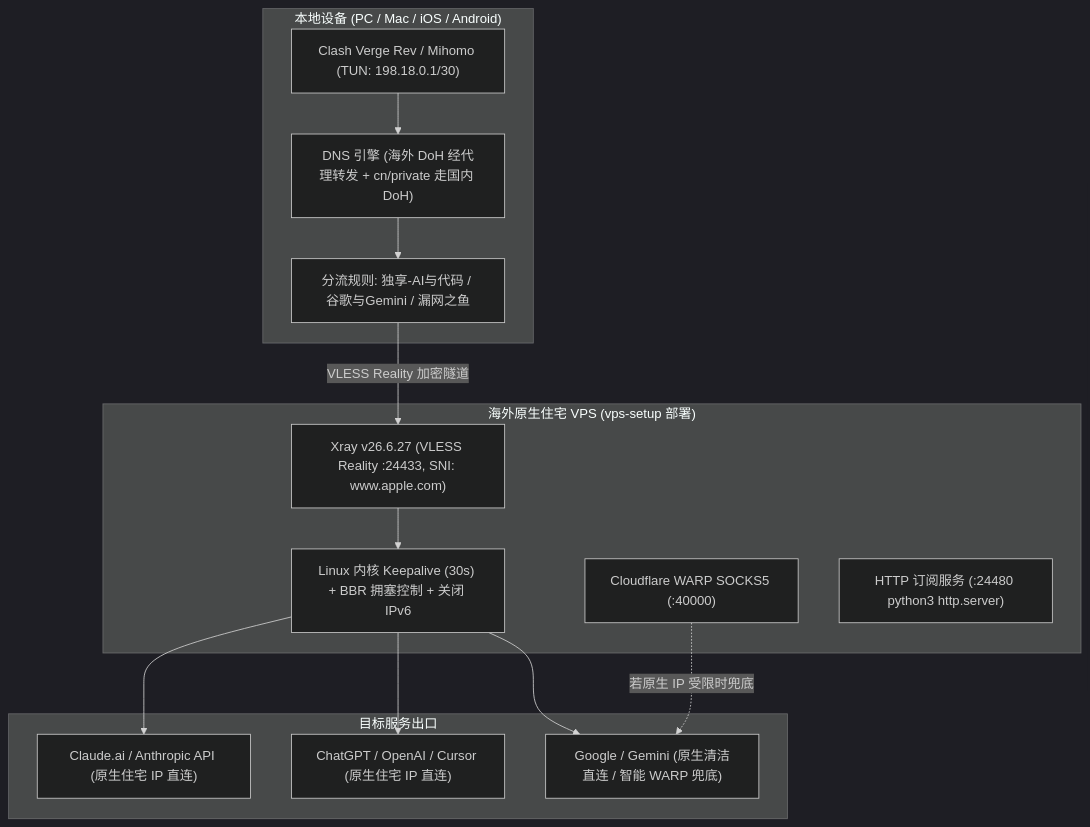
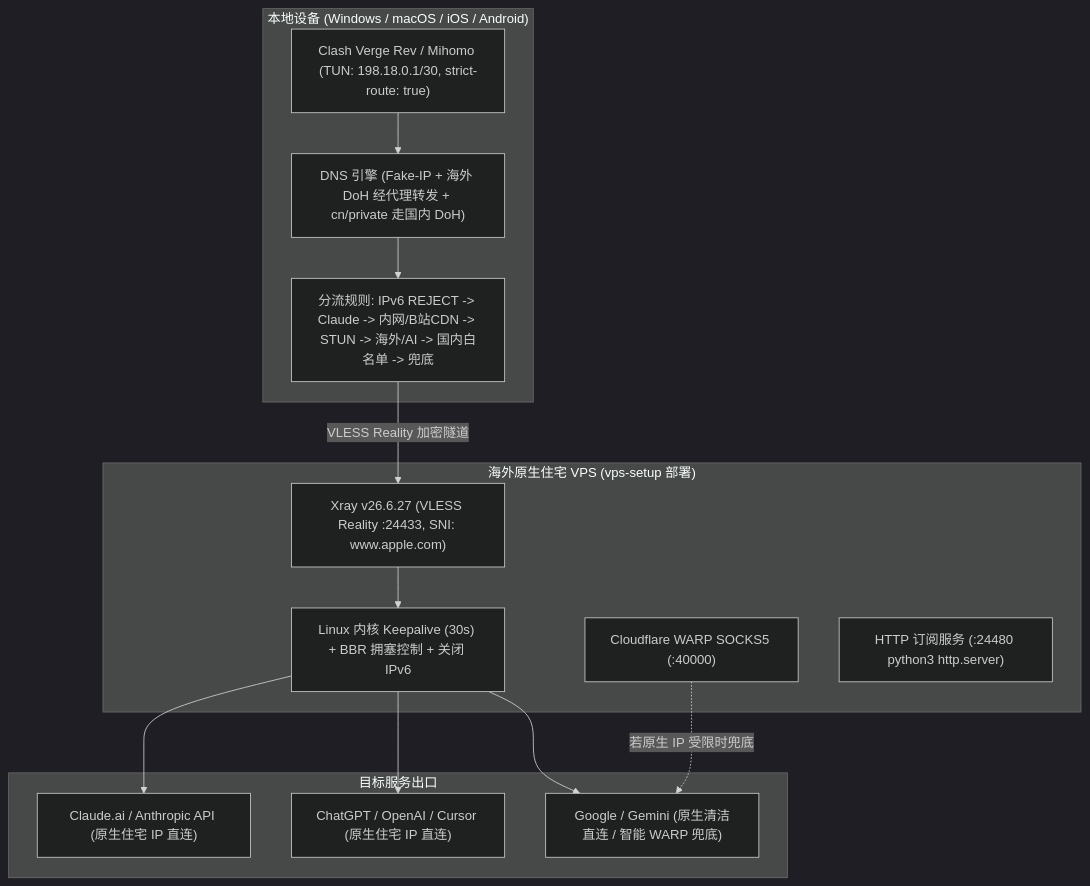
Before and after one commit to xiao-baia/vps-setup: the diagram in SKILL.md, drawn with Mermaid (dark theme). The commit also changed other lines of this file and 8 other files, not shown here.

Commit message:
feat: fix LAN/mirrorakam rule order, add Windows SMHNR hardening, macOS advisory, and real DNS/IPv6 leak checks

````diff
--- a/SKILL.md
+++ b/SKILL.md
@@ -27,30 +28,30 @@
 ```mermaid
 flowchart TD
-    subgraph Client["本地设备 (PC / Mac / iOS / Android)"]
-        CV["Clash Verge Rev / Mihomo (TUN: 198.18.0.1/30)"]
-        DNS["DNS 引擎 (海外 DoH 经代理转发 + cn/private 走国内 DoH)"]
-        Rule["分流规则: 独享-AI与代码 / 谷歌与Gemini / 漏网之鱼"]
+    subgraph Client["本地设备 (Windows / macOS / iOS / Android)"]
+        CV["Clash Verge Rev / Mihomo (TUN: 198.18.0.1/30, strict-route: true)"]
+        DNS["DNS 引擎 (Fake-IP + 海外 DoH 经代理转发 + cn/private 走国内 DoH)"]
+        Rule["分流规则: IPv6 REJECT -> Claude -> 内网/B站CDN -> STUN -> 海外/AI -> 国内白名单 -> 兜底"]
         CV --> DNS --> Rule
     end
 
     subgraph VPS["海外原生住宅 VPS (vps-setup 部署)"]
         Xray["Xray v26.6.27 (VLESS Reality :24433, SNI: www.apple.com)"]
         Kernel["Linux 内核 Keepalive (30s) + BBR 拥塞控制 + 关闭 IPv6"]
         WARP["Cloudflare WARP SOCKS5 (:40000)"]
         Sub["HTTP 订阅服务 (:24480 python3 http.server)"]
         
         Xray --> Kernel
     end
 
     subgraph Targets["目标服务出口"]
         Claude["Claude.ai / Anthropic API (原生住宅 IP 直连)"]
         OpenAI["ChatGPT / OpenAI / Cursor (原生住宅 IP 直连)"]
         Gemini["Google / Gemini (原生清洁直连 / 智能 WARP 兜底)"]
     end
 
     Rule -->|"VLESS Reality 加密隧道"| Xray
     Kernel --> Claude
     Kernel --> OpenAI
     Kernel --> Gemini
     WARP -.->|若原生 IP 受限时兜底| Gemini
 ```
````
